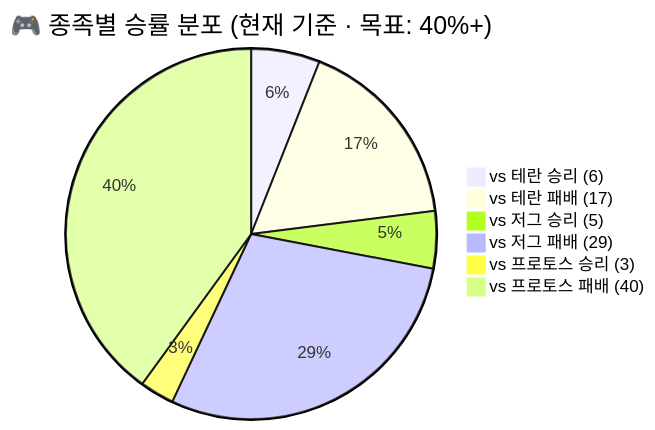
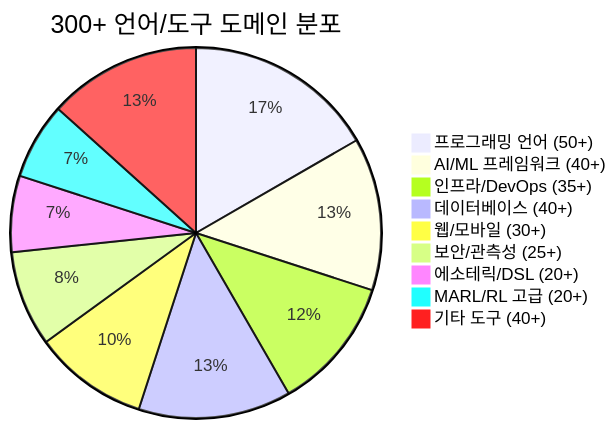
Before and after one commit to sun475300-sudo/Swarm-control-in-sc2bot: the first of 3 diagrams in README.md, drawn with Mermaid. The commit also changed other lines of this file, not shown here.

````diff
--- a/README.md
+++ b/README.md
@@ -629,9 +272,12 @@
 ```mermaid
-pie title 🎮 종족별 승률 분포 (현재 기준 · 목표: 40%+)
-    "vs 테란 승리 (6)" : 6
-    "vs 테란 패배 (17)" : 17
-    "vs 저그 승리 (5)" : 5
-    "vs 저그 패배 (29)" : 29
-    "vs 프로토스 승리 (3)" : 3
-    "vs 프로토스 패배 (40)" : 40
+pie title 300+ 언어/도구 도메인 분포
+    "프로그래밍 언어 (50+)" : 50
+    "AI/ML 프레임워크 (40+)" : 40
+    "인프라/DevOps (35+)" : 35
+    "데이터베이스 (40+)" : 40
+    "웹/모바일 (30+)" : 30
+    "보안/관측성 (25+)" : 25
+    "에소테릭/DSL (20+)" : 20
+    "MARL/RL 고급 (20+)" : 20
+    "기타 도구 (40+)" : 40
 ```
````
